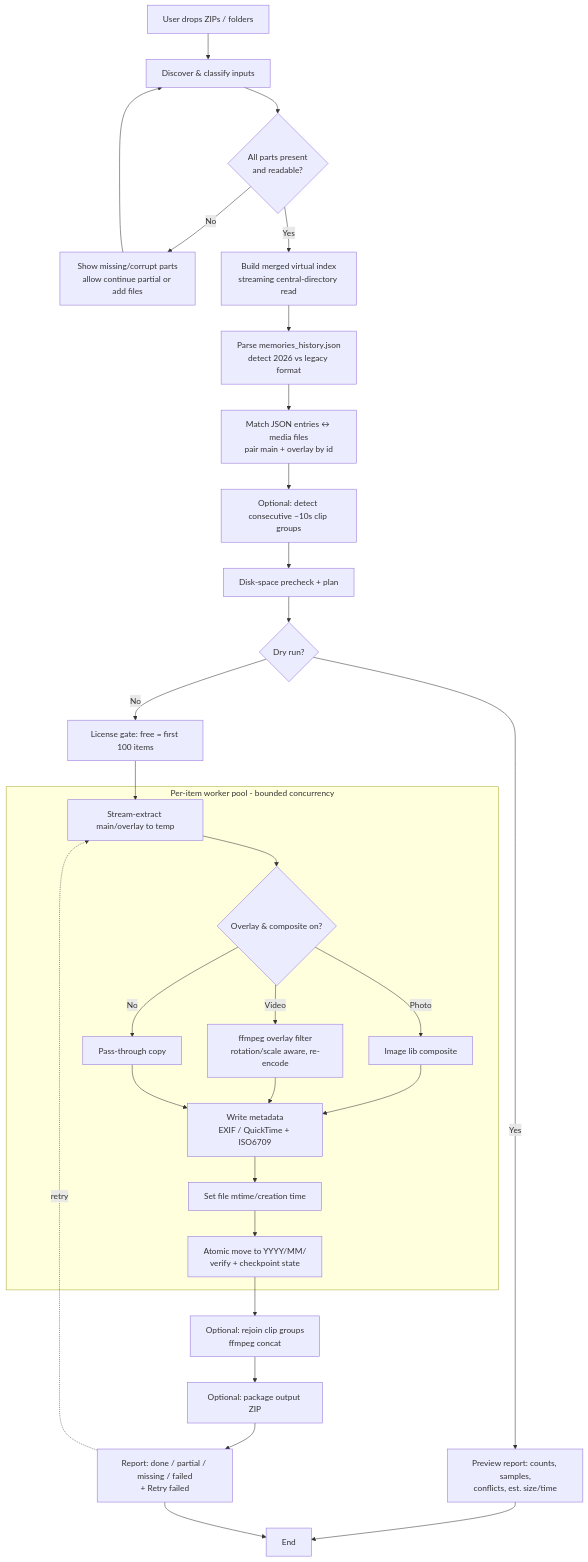
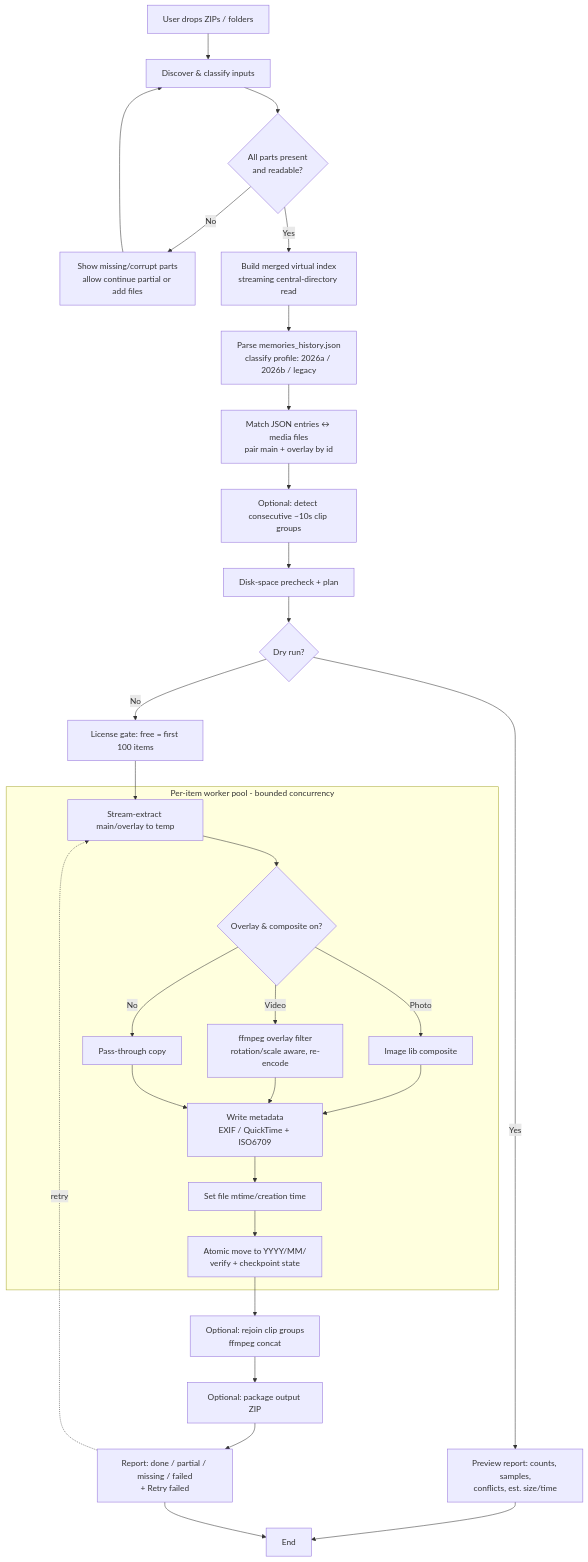
Before and after one commit to arbaaz360/memories-rescue-srs: the first of 3 diagrams in SRS.md, drawn with Mermaid. The commit also changed other lines of this file, not shown here.

````diff
--- a/SRS.md
+++ b/SRS.md
@@ -340,32 +394,32 @@
 ```mermaid
 flowchart TD
     A[User drops ZIPs / folders] --> B[Discover & classify inputs]
     B --> C{All parts present<br/>and readable?}
     C -- No --> C1[Show missing/corrupt parts<br/>allow continue partial or add files]
     C1 --> B
     C -- Yes --> D[Build merged virtual index<br/>streaming central-directory read]
-    D --> E[Parse memories_history.json<br/>detect 2026 vs legacy format]
+    D --> E[Parse memories_history.json<br/>classify profile: 2026a / 2026b / legacy]
     E --> F[Match JSON entries ↔ media files<br/>pair main + overlay by id]
     F --> G[Optional: detect consecutive ~10s clip groups]
     G --> H[Disk-space precheck + plan]
     H --> I{Dry run?}
     I -- Yes --> I1[Preview report: counts, samples,<br/>conflicts, est. size/time] --> Z[End]
     I -- No --> J[License gate: free = first 100 items]
     J --> K1
     subgraph W[Per-item worker pool - bounded concurrency]
       K1[Stream-extract main/overlay to temp] --> K2{Overlay & composite on?}
       K2 -- Photo --> K3[Image lib composite]
       K2 -- Video --> K4[ffmpeg overlay filter<br/>rotation/scale aware, re-encode]
       K2 -- No --> K5[Pass-through copy]
       K3 --> K6[Write metadata<br/>EXIF / QuickTime + ISO6709]
       K4 --> K6
       K5 --> K6
       K6 --> K7[Set file mtime/creation time]
       K7 --> K8[Atomic move to YYYY/MM/<br/>verify + checkpoint state]
     end
     K8 --> L[Optional: rejoin clip groups<br/>ffmpeg concat]
     L --> M[Optional: package output ZIP]
     M --> N[Report: done / partial / missing / failed<br/>+ Retry failed]
     N -. retry .-> K1
     N --> Z
 ```
````
